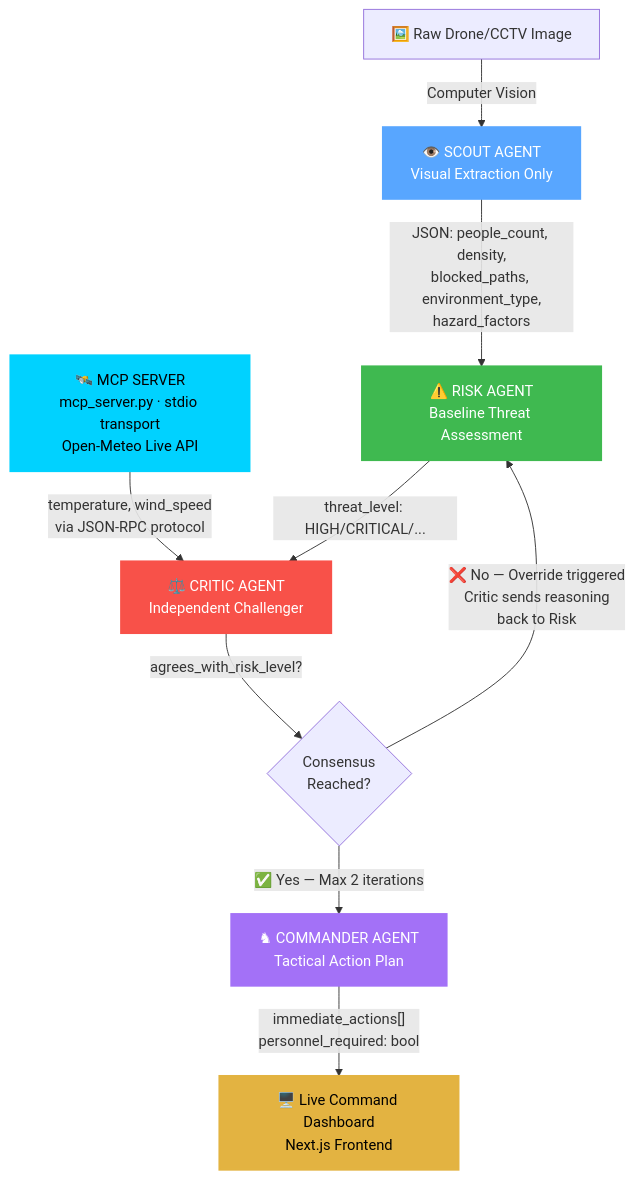
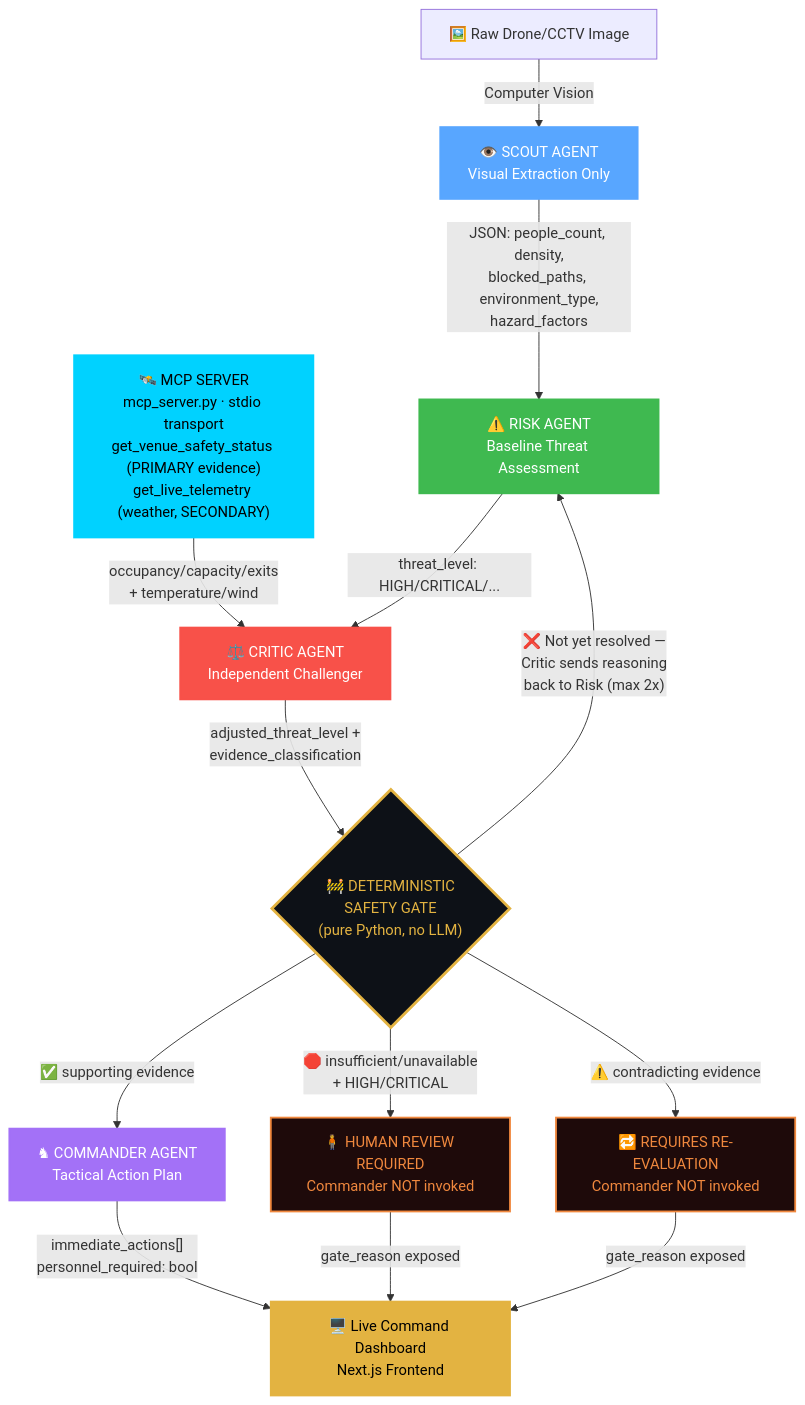
The first of 4 diagrams in README.md (CODERUDRA-X/AEGIS-SWARM), drawn with Mermaid before and after one commit. The commit also changed other lines of this file, not shown here.

````diff
--- a/README.md
+++ b/README.md
@@ -85,29 +90,38 @@
 ```mermaid
 graph TD
     A["🖼️ Raw Drone/CCTV Image"] -->|Computer Vision| S["👁️ SCOUT AGENT\nVisual Extraction Only"]
     S -->|"JSON: people_count, density,\nblocked_paths, environment_type,\nhazard_factors"| R["⚠️ RISK AGENT\nBaseline Threat Assessment"]
 
-    MCP["🛰️ MCP SERVER\nmcp_server.py · stdio transport\nOpen-Meteo Live API"] -->|"temperature, wind_speed\nvia JSON-RPC protocol"| C["⚖️ CRITIC AGENT\nIndependent Challenger"]
+    MCP["🛰️ MCP SERVER\nmcp_server.py · stdio transport\nget_venue_safety_status (PRIMARY evidence)\nget_live_telemetry (weather, SECONDARY)"] -->|"occupancy/capacity/exits\n+ temperature/wind"| C["⚖️ CRITIC AGENT\nIndependent Challenger"]
 
     R -->|"threat_level: HIGH/CRITICAL/..."| C
 
-    C -->|"agrees_with_risk_level?"| D{"Consensus\nReached?"}
-    D -- "❌ No — Override triggered\nCritic sends reasoning\nback to Risk" --> R
-    D -- "✅ Yes — Max 2 iterations" --> CMD["♞ COMMANDER AGENT\nTactical Action Plan"]
+    C -->|"adjusted_threat_level +\nevidence_classification"| G{"🚧 DETERMINISTIC\nSAFETY GATE\n(pure Python, no LLM)"}
+
+    G -- "❌ Not yet resolved —\nCritic sends reasoning\nback to Risk (max 2x)" --> R
+    G -- "✅ supporting evidence" --> CMD["♞ COMMANDER AGENT\nTactical Action Plan"]
+    G -- "🛑 insufficient/unavailable\n+ HIGH/CRITICAL" --> HR["🧍 HUMAN REVIEW REQUIRED\nCommander NOT invoked"]
+    G -- "⚠️ contradicting evidence" --> RE["🔁 REQUIRES RE-EVALUATION\nCommander NOT invoked"]
 
     CMD -->|"immediate_actions[]\npersonnel_required: bool"| UI["🖥️ Live Command Dashboard\nNext.js Frontend"]
+    HR -->|"gate_reason exposed"| UI
+    RE -->|"gate_reason exposed"| UI
 
     classDef scout fill:#58a6ff,stroke:#58a6ff,stroke-width:2px,color:#fff;
     classDef risk fill:#3fb950,stroke:#3fb950,stroke-width:2px,color:#fff;
     classDef critic fill:#f85149,stroke:#f85149,stroke-width:2px,color:#fff;
+    classDef gate fill:#0d1117,stroke:#e3b341,stroke-width:3px,color:#e3b341;
     classDef cmd fill:#a371f7,stroke:#a371f7,stroke-width:2px,color:#fff;
+    classDef human fill:#1e0a0a,stroke:#f0883e,stroke-width:2px,color:#f0883e;
     classDef mcp fill:#00d2ff,stroke:#00d2ff,stroke-width:2px,color:#000;
     classDef ui fill:#e3b341,stroke:#e3b341,stroke-width:2px,color:#000;
 
     class S scout;
     class R risk;
     class C critic;
+    class G gate;
     class CMD cmd;
+    class HR,RE human;
     class MCP mcp;
     class UI ui;
 ```
````
